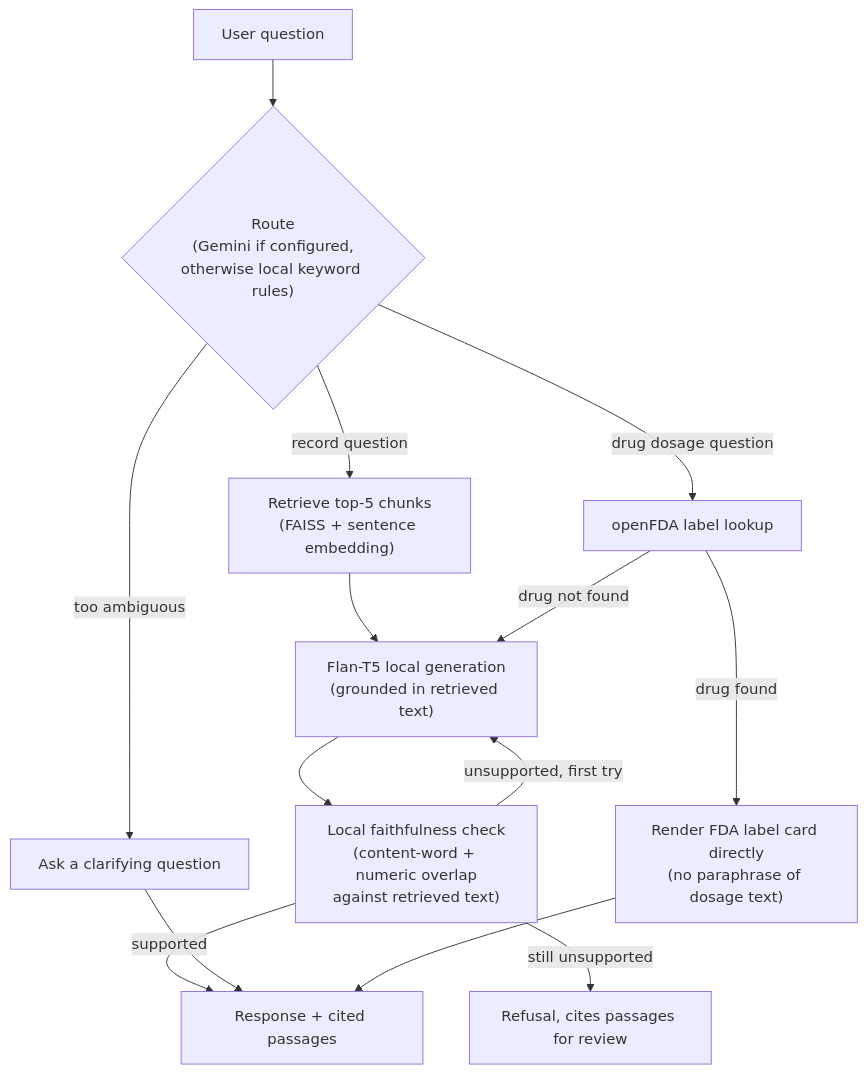
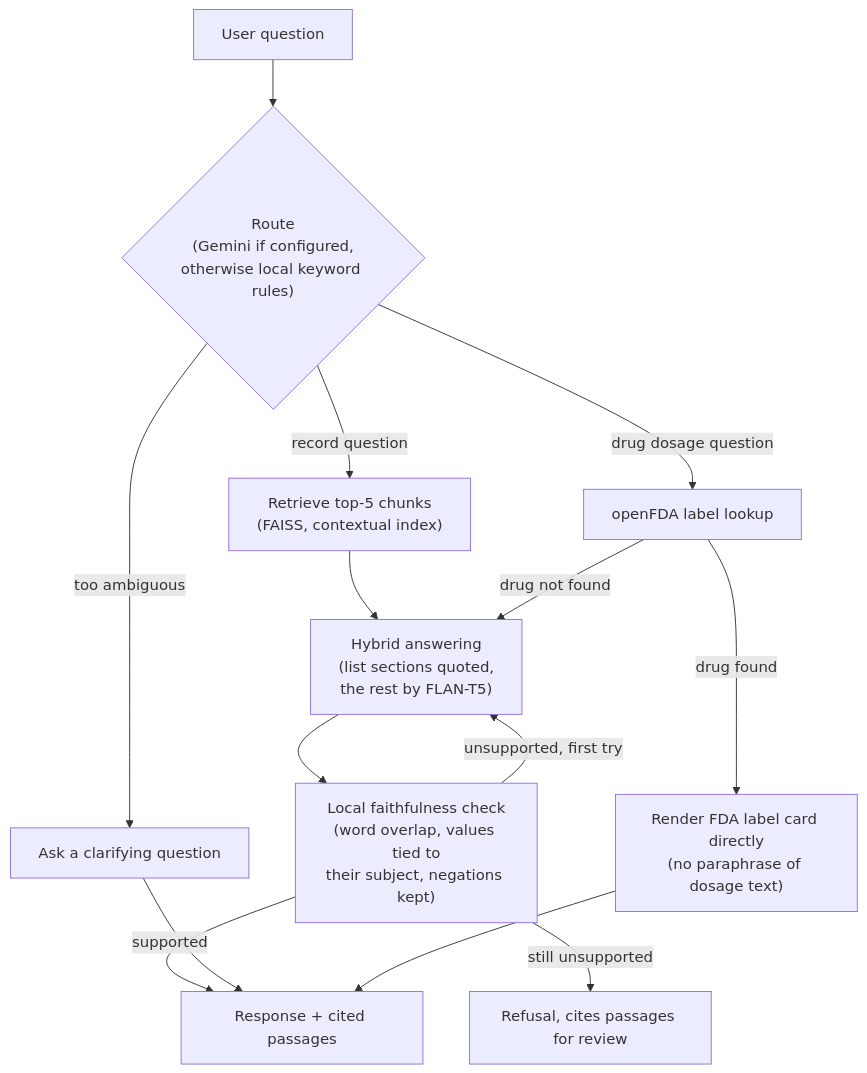
Before and after one commit to abinashprasana/clinical-rag-mimic: the diagram in README.md, drawn with Mermaid. The commit also changed other lines of this file, not shown here.

Commit message:
docs: describe the current faithfulness check, hybrid answering and the public app's routing
The public deployment and How It Works sections still described the
check as plain word and number overlap and the generator as FLAN-T5
only. They now match agent/reflection.py and hybrid answering, and say
the public runtime has no FDA or clarify step (why it scores 2 of 5 on
routing).

````diff
--- a/README.md
+++ b/README.md
@@ -276,21 +277,21 @@
 ```mermaid
 flowchart TD
     Q["User question"] --> Route
 
     Route{"Route\n(Gemini if configured,\notherwise local keyword rules)"}
-    Route -->|record question| Retrieve["Retrieve top-5 chunks\n(FAISS + sentence embedding)"]
+    Route -->|record question| Retrieve["Retrieve top-5 chunks\n(FAISS, contextual index)"]
     Route -->|drug dosage question| Dosage["openFDA label lookup"]
     Route -->|too ambiguous| Clarify["Ask a clarifying question"]
 
-    Retrieve --> Generate["Flan-T5 local generation\n(grounded in retrieved text)"]
+    Retrieve --> Generate["Hybrid answering\n(list sections quoted,\nthe rest by FLAN-T5)"]
     Dosage -->|drug found| Card["Render FDA label card directly\n(no paraphrase of dosage text)"]
     Dosage -->|drug not found| Generate
 
-    Generate --> Reflect["Local faithfulness check\n(content-word + numeric overlap\nagainst retrieved text)"]
+    Generate --> Reflect["Local faithfulness check\n(word overlap, values tied to\ntheir subject, negations kept)"]
     Reflect -->|unsupported, first try| Generate
     Reflect -->|supported| Respond["Response + cited passages"]
     Reflect -->|still unsupported| Refuse["Refusal, cites passages for review"]
 
     Clarify --> Respond
     Card --> Respond
 ```
````
